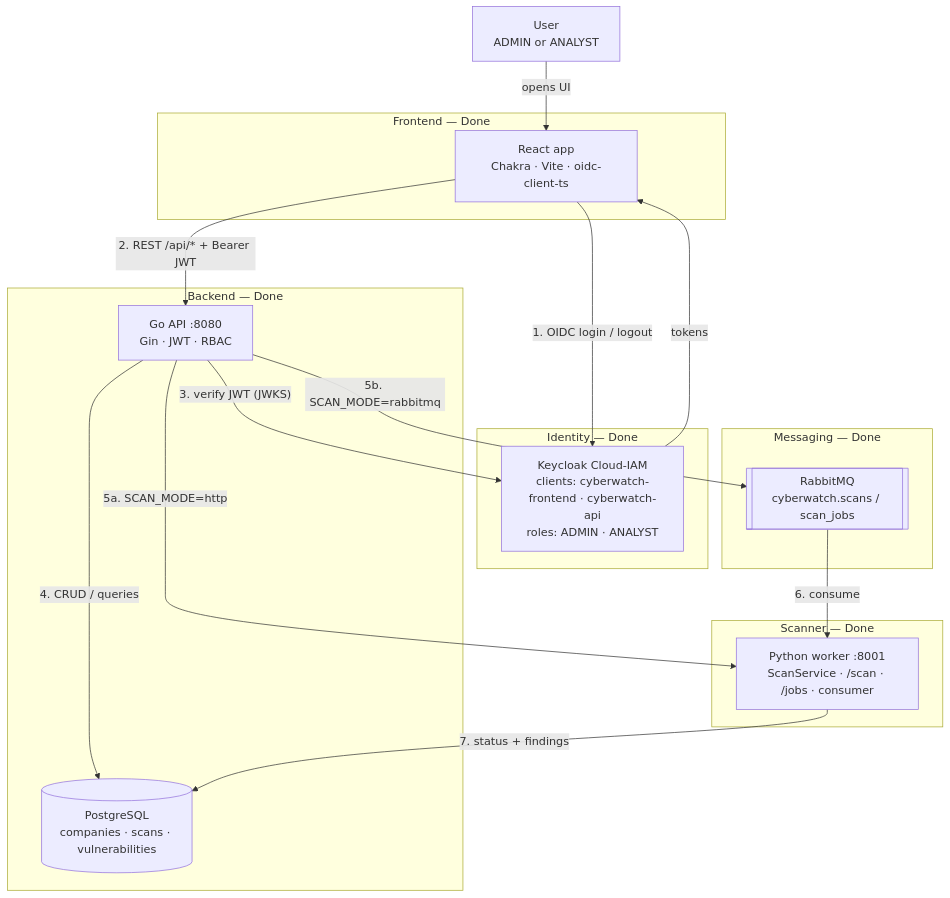
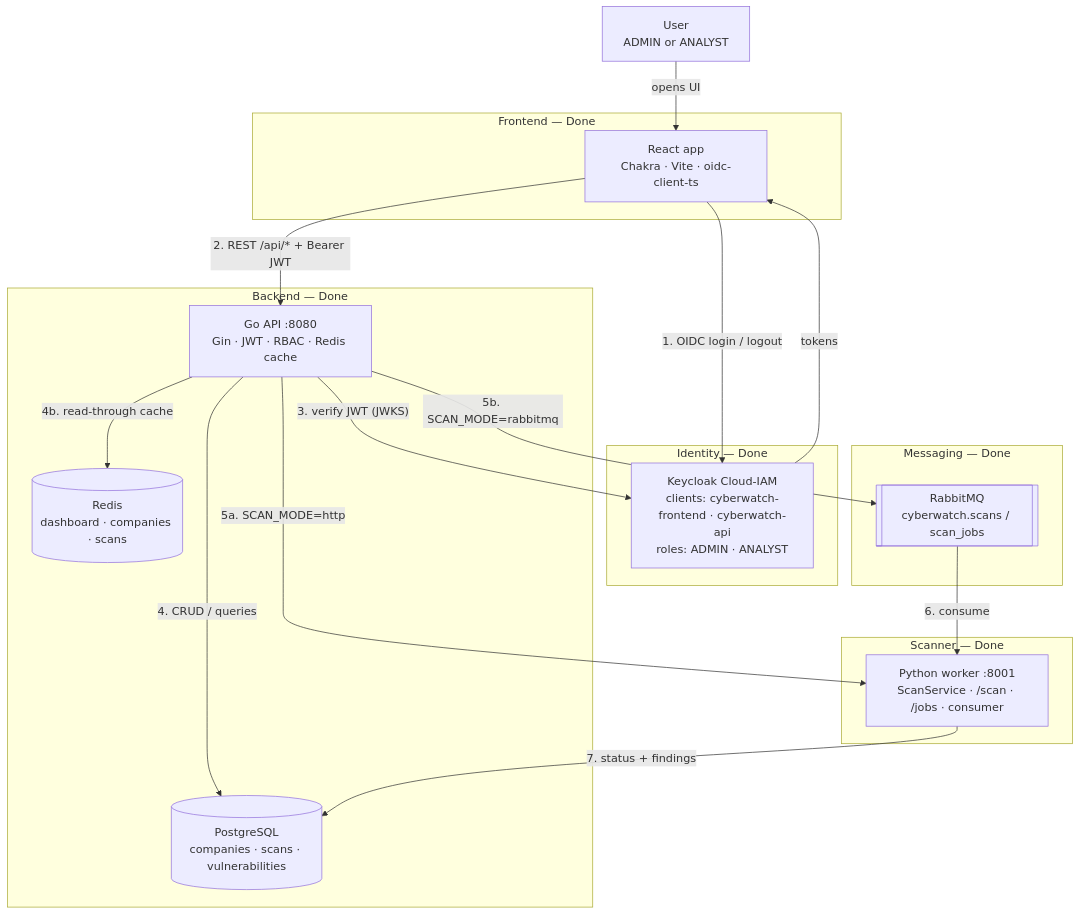
One commit to ChakerYaakoub/CyberWatch changed the first of 4 diagrams in README.md. Above: the diagram before and after it, drawn with Mermaid. The commit also changed other lines of this file and 18 other files, not shown here.

First line of the commit message:
feat: add Redis read-through cache for dashboard, companies, and scans

````diff
--- a/README.md
+++ b/README.md
@@ -46,36 +46,38 @@
 ```mermaid
 flowchart TB
   User["User<br/>ADMIN or ANALYST"]
 
   subgraph Client["Frontend — Done"]
     FE["React app<br/>Chakra · Vite · oidc-client-ts"]
   end
 
   subgraph IdP["Identity — Done"]
     KC["Keycloak Cloud-IAM<br/>clients: cyberwatch-frontend · cyberwatch-api<br/>roles: ADMIN · ANALYST"]
   end
 
   subgraph APILayer["Backend — Done"]
-    API["Go API :8080<br/>Gin · JWT · RBAC"]
+    API["Go API :8080<br/>Gin · JWT · RBAC · Redis cache"]
     DB[("PostgreSQL<br/>companies · scans · vulnerabilities")]
+    Redis[("Redis<br/>dashboard · companies · scans")]
   end
 
   subgraph Scanner["Scanner — Done"]
     Worker["Python worker :8001<br/>ScanService · /scan · /jobs · consumer"]
   end
 
   subgraph Bus["Messaging — Done"]
     MQ[["RabbitMQ<br/>cyberwatch.scans / scan_jobs"]]
   end
 
   User -->|"opens UI"| FE
   FE -->|"1. OIDC login / logout"| KC
   KC -->|"tokens"| FE
   FE -->|"2. REST /api/* + Bearer JWT"| API
   API -->|"3. verify JWT (JWKS)"| KC
   API -->|"4. CRUD / queries"| DB
+  API -->|"4b. read-through cache"| Redis
   API -->|"5a. SCAN_MODE=http"| Worker
   API -->|"5b. SCAN_MODE=rabbitmq"| MQ
   MQ -->|"6. consume"| Worker
   Worker -->|"7. status + findings"| DB
 ```
````
